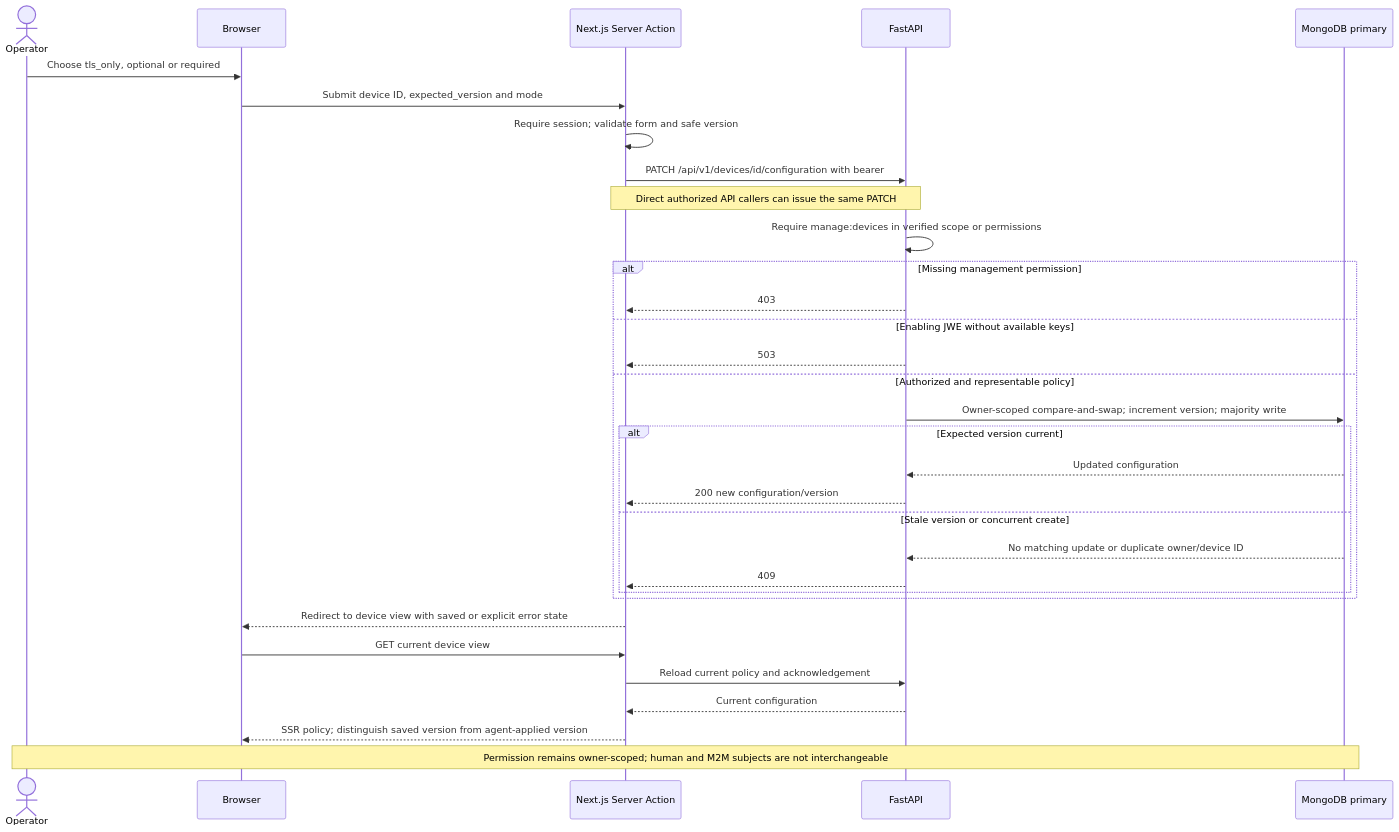
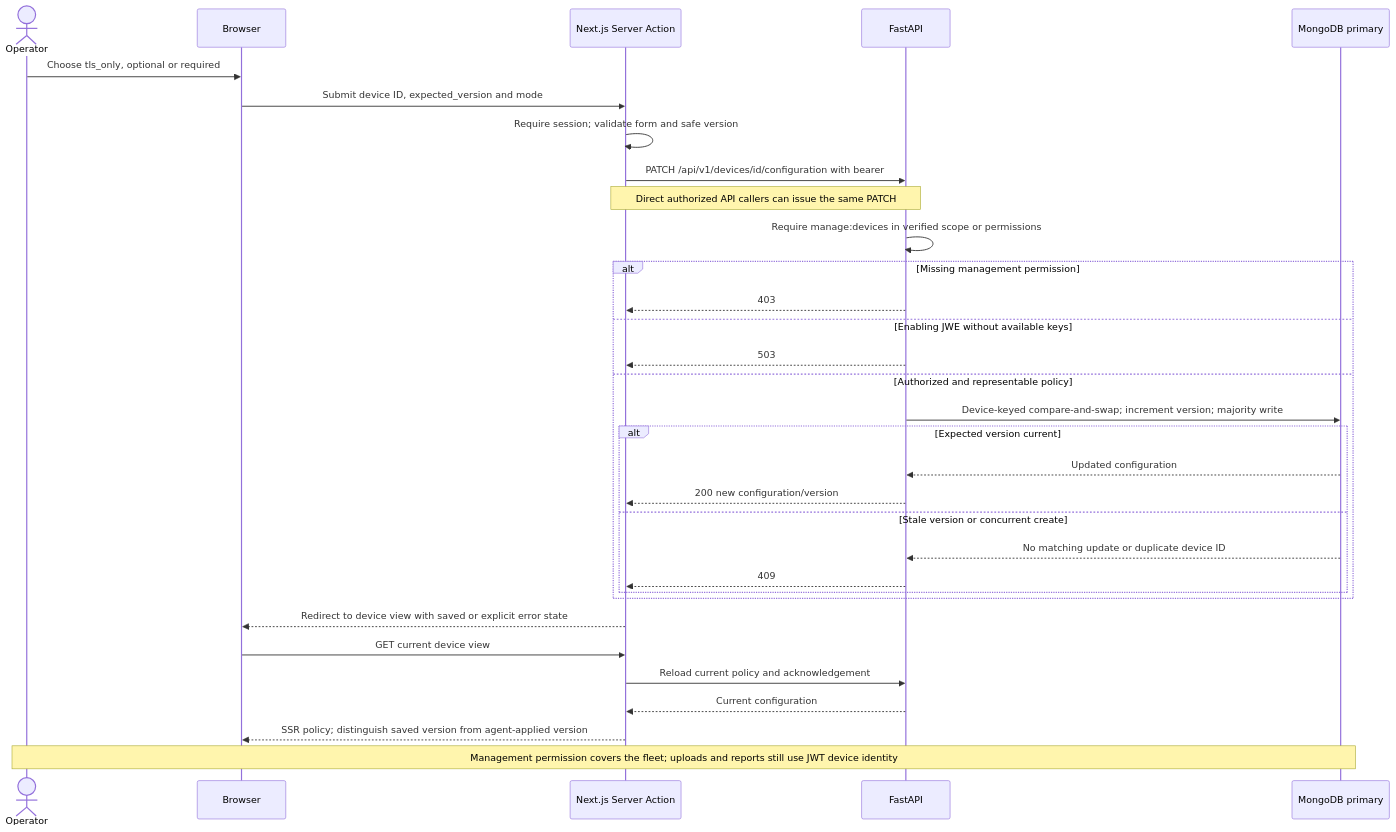
Diagram 12 of 24 in docs/IMPLEMENTATION_STATUS.md (lucagiorgino/http-logger-collector), drawn with Mermaid before and after one commit. The commit also changed other lines of this file and 7 other files, not shown here.

First line of the commit message:
docs: update architecture and operational guidance

````diff
--- a/docs/IMPLEMENTATION_STATUS.md
+++ b/docs/IMPLEMENTATION_STATUS.md
@@ -500,34 +695,34 @@
 ```mermaid
 sequenceDiagram
     actor Operator
     participant Browser
     participant UI as Next.js Server Action
     participant API as FastAPI
     participant Primary as MongoDB primary
     Operator->>Browser: Choose tls_only, optional or required
     Browser->>UI: Submit device ID, expected_version and mode
     UI->>UI: Require session#59; validate form and safe version
     UI->>API: PATCH /api/v1/devices/id/configuration with bearer
     Note over UI,API: Direct authorized API callers can issue the same PATCH
     API->>API: Require manage:devices in verified scope or permissions
     alt Missing management permission
         API-->>UI: 403
     else Enabling JWE without available keys
         API-->>UI: 503
     else Authorized and representable policy
-        API->>Primary: Owner-scoped compare-and-swap#59; increment version#59; majority write
+        API->>Primary: Device-keyed compare-and-swap#59; increment version#59; majority write
         alt Expected version current
             Primary-->>API: Updated configuration
             API-->>UI: 200 new configuration/version
         else Stale version or concurrent create
-            Primary-->>API: No matching update or duplicate owner/device ID
+            Primary-->>API: No matching update or duplicate device ID
             API-->>UI: 409
         end
     end
     UI-->>Browser: Redirect to device view with saved or explicit error state
     Browser->>UI: GET current device view
     UI->>API: Reload current policy and acknowledgement
     API-->>UI: Current configuration
     UI-->>Browser: SSR policy#59; distinguish saved version from agent-applied version
-    Note over Operator,Primary: Permission remains owner-scoped#59; human and M2M subjects are not interchangeable
+    Note over Operator,Primary: Management permission covers the fleet#59; uploads and reports still use JWT device identity
 ```
````
